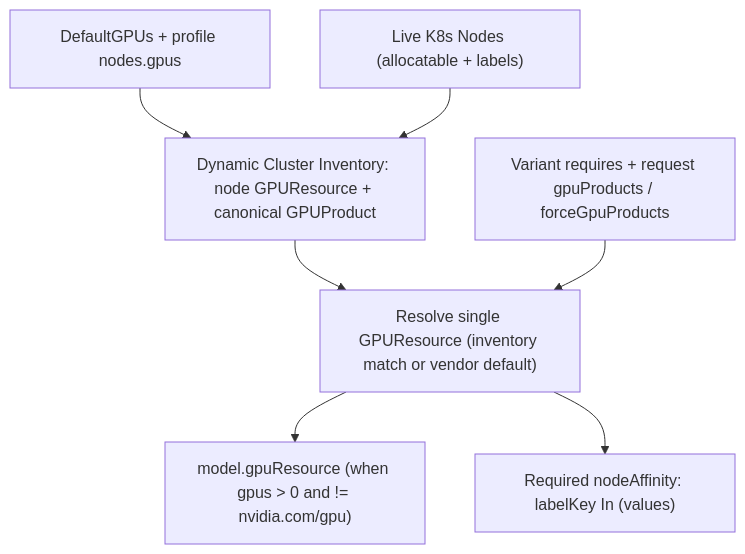
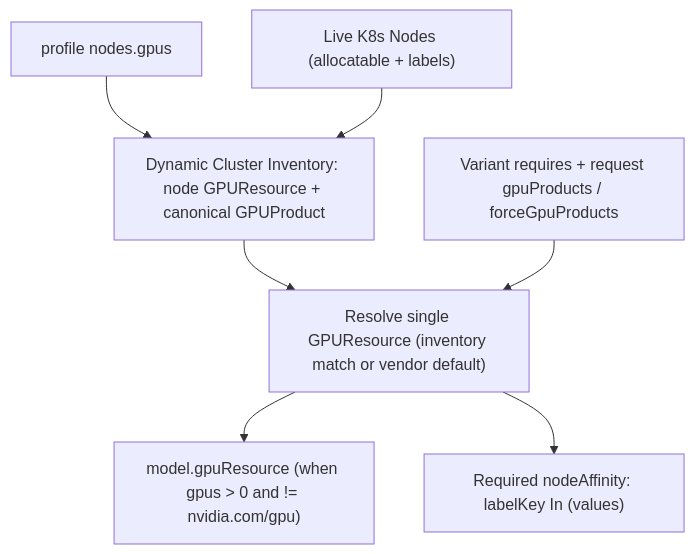
The second of 2 diagrams in docs/architecture.md (modelsphere/swiss), drawn with Mermaid before and after one commit. The commit also changed other lines of this file and 38 other files, not shown here.

````diff
--- a/docs/architecture.md
+++ b/docs/architecture.md
@@ -103,17 +146,17 @@
 ```mermaid
 flowchart TD
-  def["DefaultGPUs + profile nodes.gpus"]
+  def["profile nodes.gpus"]
   k8s["Live K8s Nodes (allocatable + labels)"]
   inv["Dynamic Cluster Inventory: node GPUResource + canonical GPUProduct"]
   req["Variant requires + request gpuProducts / forceGpuProducts"]
   res["Resolve single GPUResource (inventory match or vendor default)"]
   gpuRes["model.gpuResource (when gpus > 0 and != nvidia.com/gpu)"]
   aff["Required nodeAffinity: labelKey In (values)"]
 
   def --> inv
   k8s --> inv
   inv --> res
   req --> res
   res --> gpuRes
   res --> aff
 ```
````
